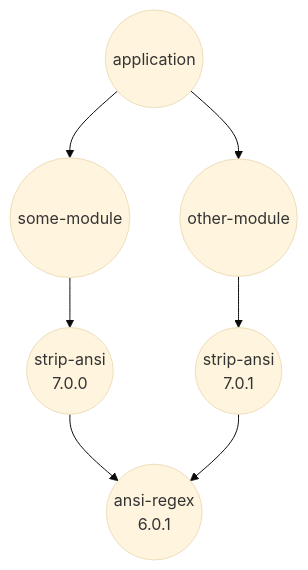
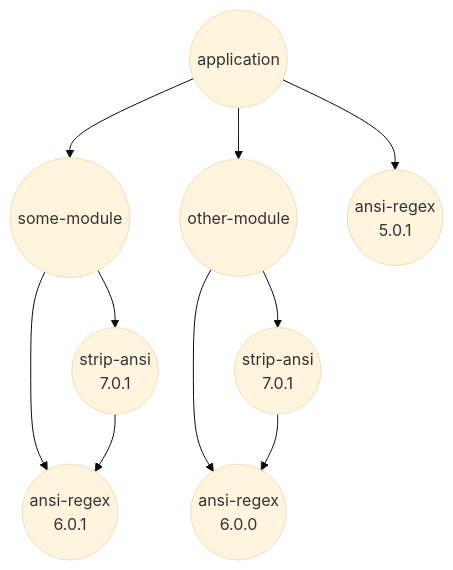
The first of 2 diagrams in docs/result.md (CycloneDX/cyclonedx-node-npm), drawn with Mermaid (base theme) before and after one commit. The commit also changed other lines of this file, not shown here.

````diff
--- a/docs/result.md
+++ b/docs/result.md
@@ -51,15 +54,20 @@
 ```mermaid
 graph TB
-    R  --> A
-    R  --> B
-    A  --> D1
-    B  --> D2
-    D1 --> C
-    D2 --> C
     R((application))
     A((some-module))
     B((other-module))
-    C((ansi-regex<br/>6.0.1))
-    D1((strip-ansi<br/>7.0.0))
-    D2((strip-ansi<br/>7.0.1))
+    C1((strip-ansi<br/>7.0.1))
+    C2((strip-ansi<br/>7.0.1))
+    D1((ansi-regex<br/>6.0.1))
+    D2((ansi-regex<br/>6.0.0))
+    D3((ansi-regex<br/>5.0.1))
+    R  --> A
+    R  --> B
+    R  --> D3
+    A  --> C1
+    B  --> C2
+    A  --> D1
+    B  --> D2
+    C1 --> D1
+    C2 --> D2
 ```
````
